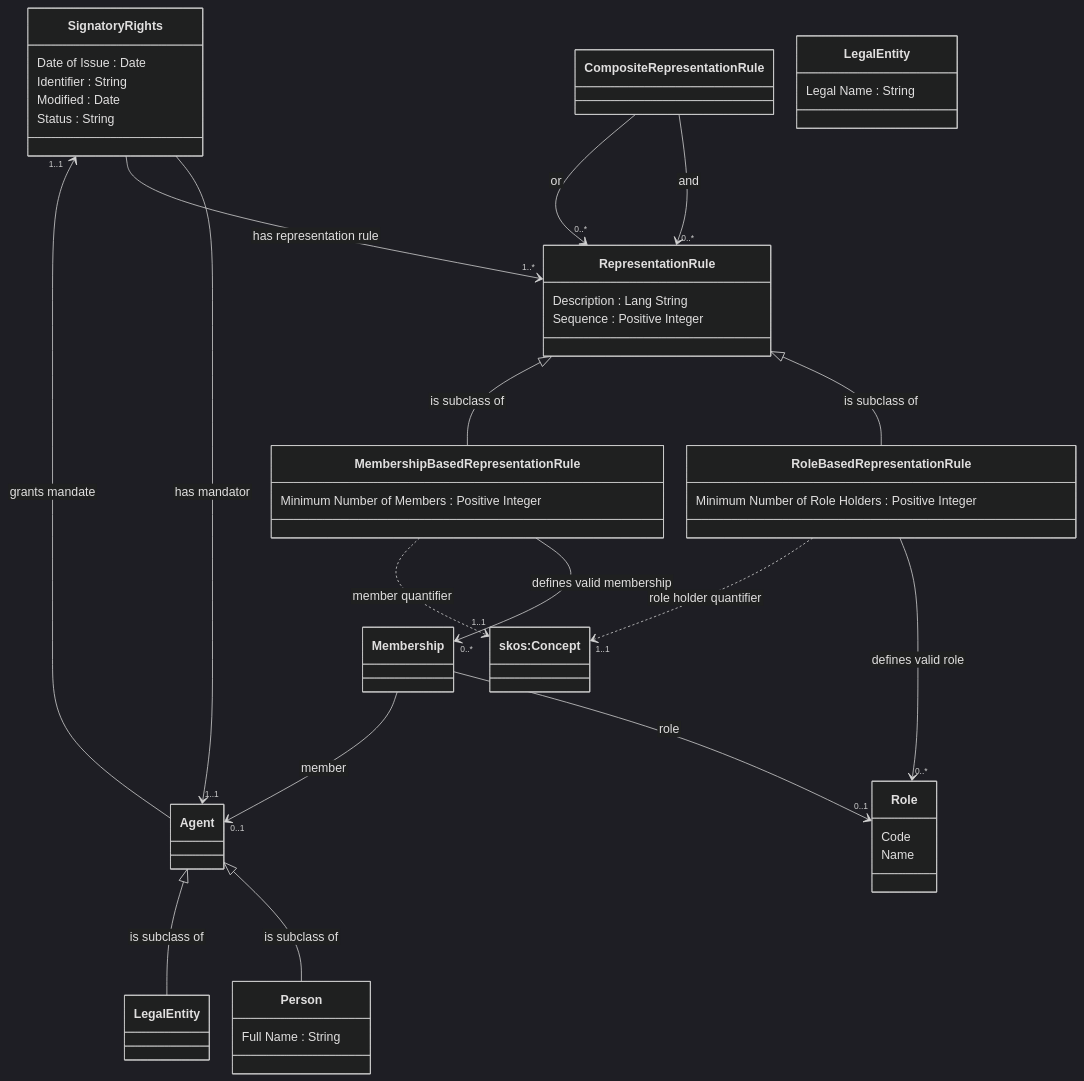
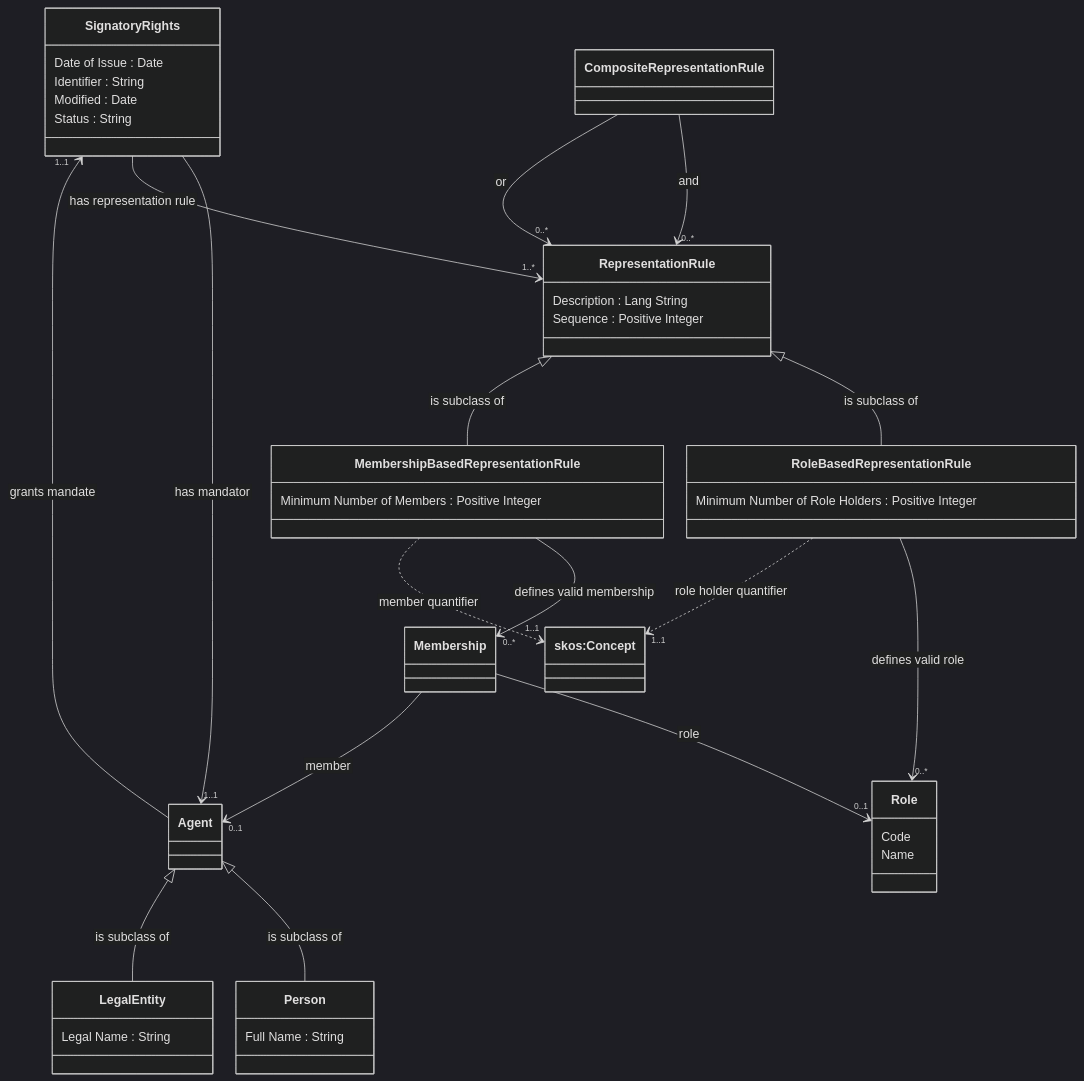
The second of 2 diagrams in README.md (nordicsmartgovernment/Nordic-Signatory-Rights-Model), drawn with Mermaid (dark theme) before and after one commit.

````diff
--- a/README.md
+++ b/README.md
@@ -69,70 +69,70 @@
 ```mermaid
  %%{init:{'flowchart':{'nodeSpacing': 30, 'rankSpacing': 95, 'htmlLabels': false}}}%%
     classDiagram
         class Signatory Rights {
             Date of Issue : Date
             Identifier : String
             Modified : Date
             Status : String
         }
 
         Signatory Rights --> "1..1" AgentLegalEntity : has mandator
         Signatory Rights --> "1..*" Representation Rule : has representation rule
 
         class AgentLegalEntity["Agent"] {
         }
 
         AgentLegalEntity --> "1..1" Signatory Rights:grants mandate
 
         class Representation Rule {
            Description : Lang String
            Sequence : Positive Integer
         }
 
         class Role Based Representation Rule {
            Minimum Number of Role Holders : Positive Integer
         }
 
         Role Based Representation Rule --> "0..*" Role : defines valid role
         Role Based Representation Rule ..> "1..1" SKOSConcept : role holder quantifier
 
         class Membership Based Representation Rule {
            Minimum Number of Members : Positive Integer
         }
 
         Membership Based Representation Rule --> "0..*" Membership : defines valid membership
         Membership Based Representation Rule ..> "1..1" SKOSConcept : member quantifier
 
         class Composite Representation Rule {
         }
 
         Composite Representation Rule --> "0..*" Representation Rule : and
         Composite Representation Rule --> "0..*" Representation Rule : or
 
         class Role {
            Code
            Name
         }
 
         class Membership {
         }
 
         Membership --> "0..1" Role : role
         Membership --> "0..1" AgentLegalEntity : member
 
         class Person {
            Full Name : String
         }
 
         class Legal Entity Member["LegalEntity"] {
            Legal Name : String
         }
 
         class SKOSConcept["skos:Concept"] {
         }
 
         Representation Rule <|-- Role Based Representation Rule : is subclass of
         Representation Rule <|-- Membership Based Representation Rule : is subclass of
         AgentLegalEntity <|-- Person : is subclass of
-        AgentLegalEntity <|-- Legal Entity : is subclass of
+        AgentLegalEntity <|-- Legal Entity Member: is subclass of
 ```
````
